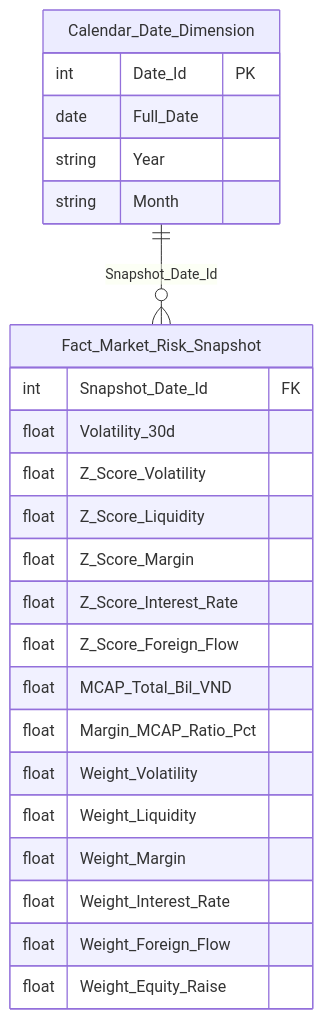
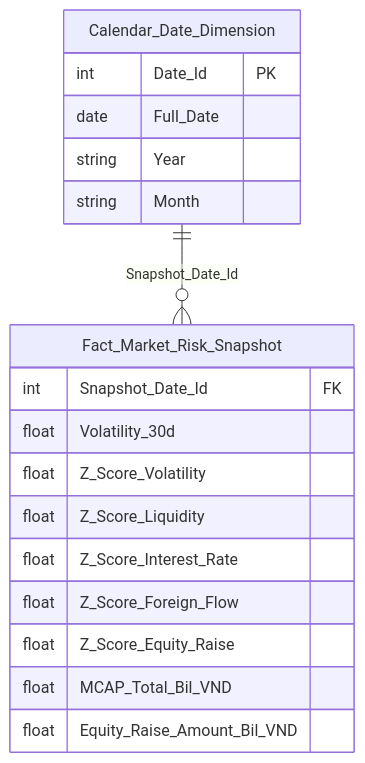
One commit to linhlvit/ubck_atomic_design changed diagram 12 of 54 in Datamart/hld/DTM_PTTT_HLD.md. Above: the diagram before and after it, drawn with Mermaid. The commit also changed other lines of this file and 5 other files, not shown here.

````diff
--- a/Datamart/hld/DTM_PTTT_HLD.md
+++ b/Datamart/hld/DTM_PTTT_HLD.md
@@ -447,27 +472,21 @@
 ```mermaid
 erDiagram
     Fact_Market_Risk_Snapshot {
         int Snapshot_Date_Id FK
         float Volatility_30d
         float Z_Score_Volatility
         float Z_Score_Liquidity
-        float Z_Score_Margin
         float Z_Score_Interest_Rate
         float Z_Score_Foreign_Flow
+        float Z_Score_Equity_Raise
         float MCAP_Total_Bil_VND
-        float Margin_MCAP_Ratio_Pct
-        float Weight_Volatility
-        float Weight_Liquidity
-        float Weight_Margin
-        float Weight_Interest_Rate
-        float Weight_Foreign_Flow
-        float Weight_Equity_Raise
+        float Equity_Raise_Amount_Bil_VND
     }
     Calendar_Date_Dimension {
         int Date_Id PK
         date Full_Date
         string Year
         string Month
     }
     Calendar_Date_Dimension ||--o{ Fact_Market_Risk_Snapshot : "Snapshot_Date_Id"
 ```
````
